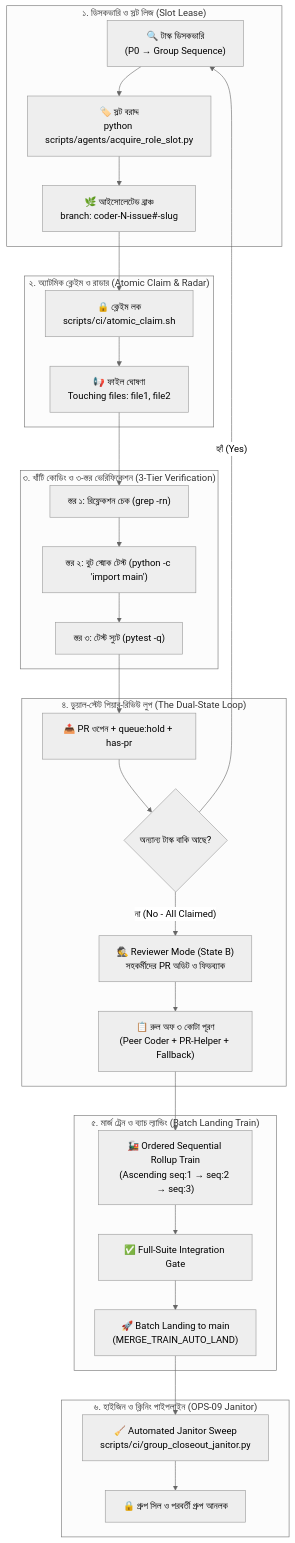
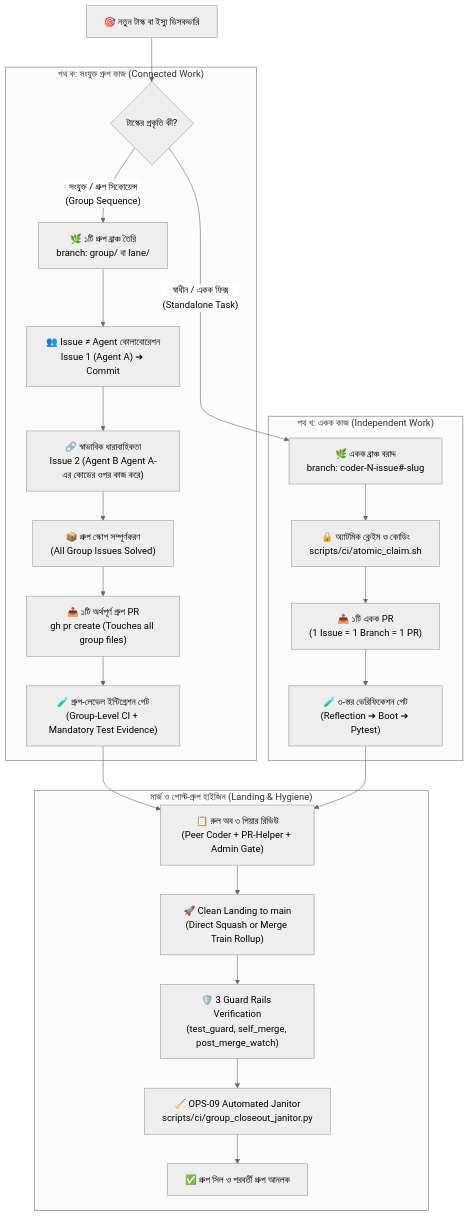
Before and after one commit to Supremeai-bd/supremeai: the diagram in docs/architecture/ARCH-LIVING-PIPELINE-01.md, drawn with Mermaid (neutral theme). The commit also changed other lines of this file and 4 other files, not shown here.

Commit message:
docs(architecture): enshrine Flexible Group Branching & Dynamic Issue Roadmap (#2378, #2377)

````diff
--- a/docs/architecture/ARCH-LIVING-PIPELINE-01.md
+++ b/docs/architecture/ARCH-LIVING-PIPELINE-01.md
@@ -25,37 +28,33 @@
 ```mermaid
 flowchart TD
-    subgraph STAGE_1 ["১. ডিসকভারি ও স্লট লিজ (Slot Lease)"]
-        S1["🔍 টাস্ক ডিসকভারি<br/>(P0 → Group Sequence)"] --> S2["🏷️ স্লট বরাদ্দ<br/>python scripts/agents/acquire_role_slot.py"]
-        S2 --> S3["🌿 আইসোলেটেড ব্রাঞ্চ<br/>branch: coder-N-issue#-slug"]
+    START["🎯 নতুন টাস্ক বা ইস্যু ডিসকভারি"] --> EVAL{"টাস্কের প্রকৃতি কী?"}
+
+    %% Track A: Connected Work
+    subgraph TRACK_A ["পথ ক: সংযুক্ত গ্রুপ কাজ (Connected Work)"]
+        EVAL -- "সংযুক্ত / গ্রুপ সিকোয়েন্স<br/>(Group Sequence)" --> G1["🌿 ১টি গ্রুপ ব্রাঞ্চ তৈরি<br/>branch: group/<name> বা lane/<name>"]
+        G1 --> G2["👥 Issue ≠ Agent কোলাবোরেশন<br/>Issue 1 (Agent A) ➔ Commit"]
+        G2 --> G3["🔗 স্বাভাবিক ধারাবাহিকতা<br/>Issue 2 (Agent B Agent A-এর কোডের ওপর কাজ করে)"]
+        G3 --> G4["📦 গ্রুপ স্কোপ সম্পূর্ণকরণ<br/>(All Group Issues Solved)"]
+        G4 --> G5["📤 ১টি অর্থপূর্ণ গ্রুপ PR<br/>gh pr create (Touches all group files)"]
+        G5 --> G6["🧪 গ্রুপ-লেভেল ইন্টিগ্রেশন গেট<br/>(Group-Level CI + Mandatory Test Evidence)"]
     end
 
-    subgraph STAGE_2 ["২. অ্যাটমিক ক্লেইম ও রাডার (Atomic Claim & Radar)"]
-        S3 --> C1["🔒 ক্লেইম লক<br/>scripts/ci/atomic_claim.sh"]
-        C1 --> C2["📢 ফাইল ঘোষণা<br/>Touching files: file1, file2"]
+    %% Track B: Independent Work
+    subgraph TRACK_B ["পথ খ: একক কাজ (Independent Work)"]
+        EVAL -- "স্বাধীন / একক ফিক্স<br/>(Standalone Task)" --> S1["🌿 একক ব্রাঞ্চ বরাদ্দ<br/>branch: coder-N-issue#-slug"]
+        S1 --> S2["🔒 অ্যাটমিক ক্লেইম ও কোডিং<br/>scripts/ci/atomic_claim.sh"]
+        S2 --> S3["📤 ১টি একক PR<br/>(1 Issue = 1 Branch = 1 PR)"]
+        S3 --> S4["🧪 ৩-স্তর ভেরিফিকেশন গেট<br/>(Reflection ➔ Boot ➔ Pytest)"]
     end
 
-    subgraph STAGE_3 ["৩. খাঁটি কোডিং ও ৩-স্তর ভেরিফিকেশন (3-Tier Verification)"]
-        C2 --> V1[" স্তর ১: রিফ্লেকশন চেক (grep -rn)"]
-        V1 --> V2[" স্তর ২: বুট স্মোক টেস্ট (python -c 'import main')"]
-        V2 --> V3[" স্তর ৩: টেস্ট স্যুট (pytest -q)"]
-    end
+    %% Convergence to Landing
+    G6 --> REVIEW["📋 রুল অব ৩ পিয়ার রিভিউ<br/>(Peer Coder + PR-Helper + Admin Gate)"]
+    S4 --> REVIEW
 
-    subgraph STAGE_4 ["৪. ডুয়াল-স্টেট পিয়ার-রিভিউ লুপ (The Dual-State Loop)"]
-        V3 --> P1["📤 PR ওপেন + queue:hold + has-pr"]
-        P1 --> P2{"অন্যান্য টাস্ক বাকি আছে?"}
-        P2 -- "হ্যাঁ (Yes)" --> S1
-        P2 -- "না (No - All Claimed)" --> R1["🕵️ Reviewer Mode (State B)<br/>সহকর্মীদের PR অডিট ও ফিডব্যাক"]
-        R1 --> R2["📋 রুল অফ ৩ কোটা পূরণ<br/>(Peer Coder + PR-Helper + Fallback)"]
-    end
-
-    subgraph STAGE_5 ["৫. মার্জ ট্রেন ও ব্যাচ ল্যান্ডিং (Batch Landing Train)"]
-        R2 --> M1["🚂 Ordered Sequential Rollup Train<br/>(Ascending seq:1 → seq:2 → seq:3)"]
-        M1 --> M2["✅ Full-Suite Integration Gate"]
-        M2 --> M3["🚀 Batch Landing to main<br/>(MERGE_TRAIN_AUTO_LAND)"]
-    end
-
-    subgraph STAGE_6 ["৬. হাইজিন ও ক্লিনিং পাইপলাইন (OPS-09 Janitor)"]
-        M3 --> J1["🧹 Automated Janitor Sweep<br/>scripts/ci/group_closeout_janitor.py"]
-        J1 --> J2["🔒 গ্রুপ সিল ও পরবর্তী গ্রুপ আনলক"]
+    subgraph LANDING ["মার্জ ও পোস্ট-গ্রুপ হাইজিন (Landing & Hygiene)"]
+        REVIEW --> M1["🚀 Clean Landing to main<br/>(Direct Squash or Merge Train Rollup)"]
+        M1 --> W1["🛡️ 3 Guard Rails Verification<br/>(test_guard, self_merge, post_merge_watch)"]
+        W1 --> J1["🧹 OPS-09 Automated Janitor<br/>scripts/ci/group_closeout_janitor.py"]
+        J1 --> DONE["✅ গ্রুপ সিল ও পরবর্তী গ্রুপ আনলক"]
     end
 ```
````
